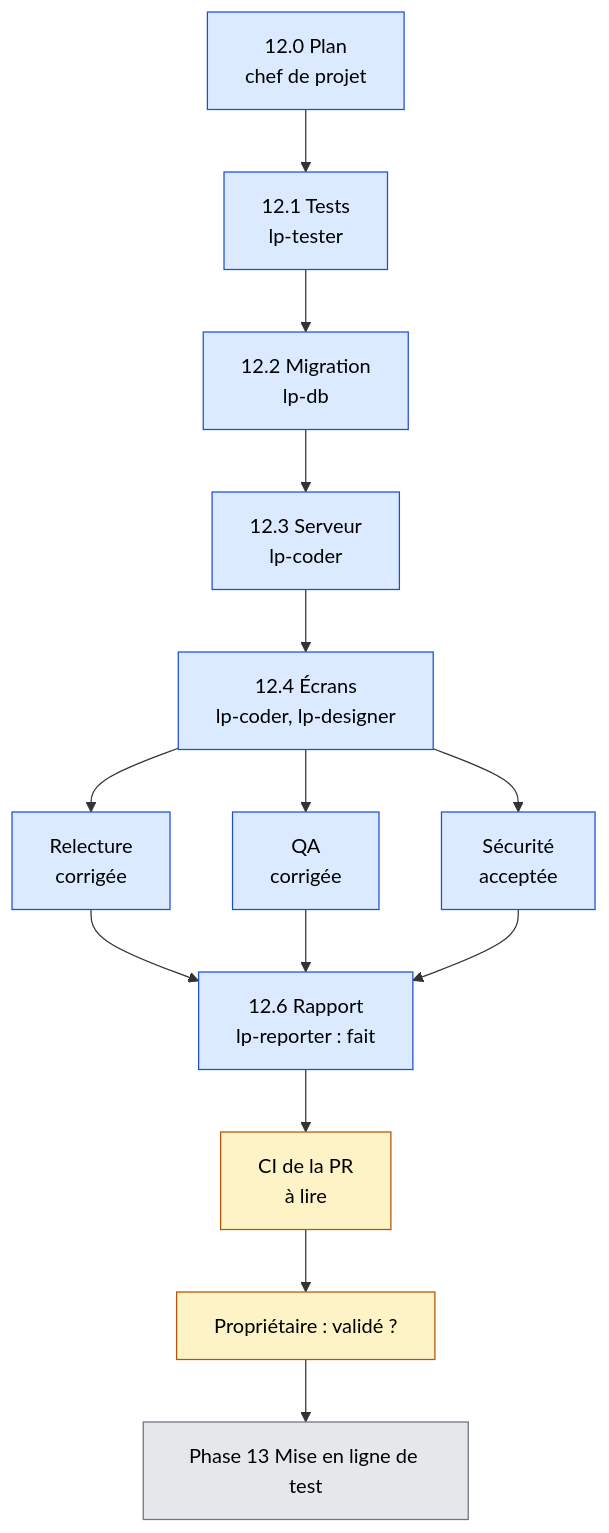
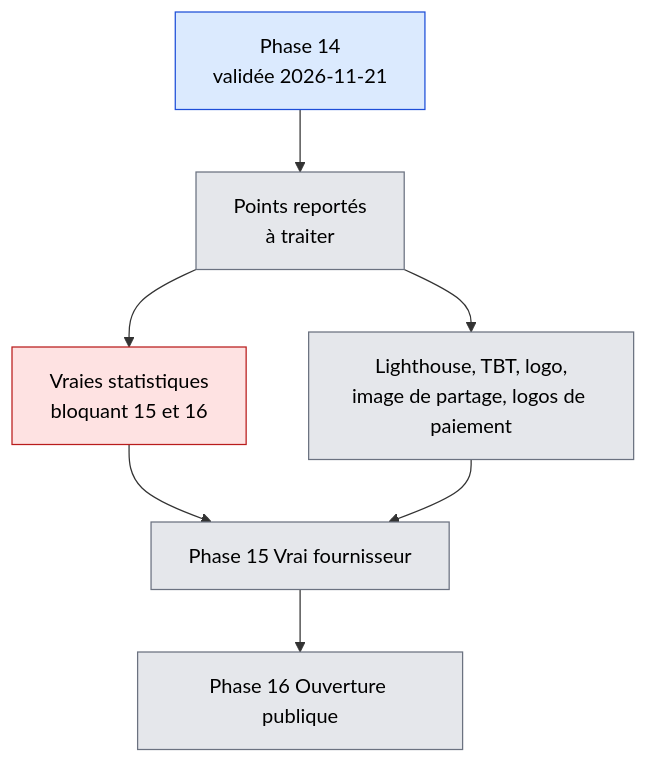
One commit to lyon32/lyonpanel changed the fourth of 5 diagrams in docs/reports/TABLEAU-DE-BORD.md. Above: the diagram before and after it, drawn with Mermaid. The commit also changed other lines of this file and 409 other files, not shown here.

````diff
--- a/docs/reports/TABLEAU-DE-BORD.md
+++ b/docs/reports/TABLEAU-DE-BORD.md
@@ -89,22 +88,15 @@
 ```mermaid
 flowchart TD
-  T0["12.0 Plan<br/>chef de projet"] --> T1["12.1 Tests<br/>lp-tester"]
-  T1 --> T2["12.2 Migration<br/>lp-db"]
-  T2 --> T3["12.3 Serveur<br/>lp-coder"]
-  T3 --> T4["12.4 Écrans<br/>lp-coder, lp-designer"]
-  T4 --> R["Relecture<br/>corrigée"]
-  T4 --> Q["QA<br/>corrigée"]
-  T4 --> S["Sécurité<br/>acceptée"]
-  R --> RP["12.6 Rapport<br/>lp-reporter : fait"]
-  Q --> RP
-  S --> RP
-  RP --> CI["CI de la PR<br/>à lire"]
-  CI --> OWN["Propriétaire : validé ?"]
-  OWN --> NEXT["Phase 13 Mise en ligne de test"]
+  P14["Phase 14<br/>validée 2026-11-21"] --> REP["Points reportés<br/>à traiter"]
+  REP --> S["Vraies statistiques<br/>bloquant 15 et 16"]
+  REP --> L["Lighthouse, TBT, logo,<br/>image de partage, logos de paiement"]
+  S --> P15["Phase 15 Vrai fournisseur"]
+  L --> P15
+  P15 --> P16["Phase 16 Ouverture publique"]
   classDef fait fill:#DBEAFE,stroke:#1D4ED8,color:#000
-  classDef attente fill:#FEF3C7,stroke:#B45309,color:#000
   classDef afaire fill:#E5E7EB,stroke:#6B7280,color:#000
-  class T0,T1,T2,T3,T4,R,Q,S,RP fait
-  class CI,OWN attente
-  class NEXT afaire
+  classDef bloque fill:#FEE2E2,stroke:#B91C1C,color:#000
+  class P14 fait
+  class REP,L,P15,P16 afaire
+  class S bloque
 ```
````
